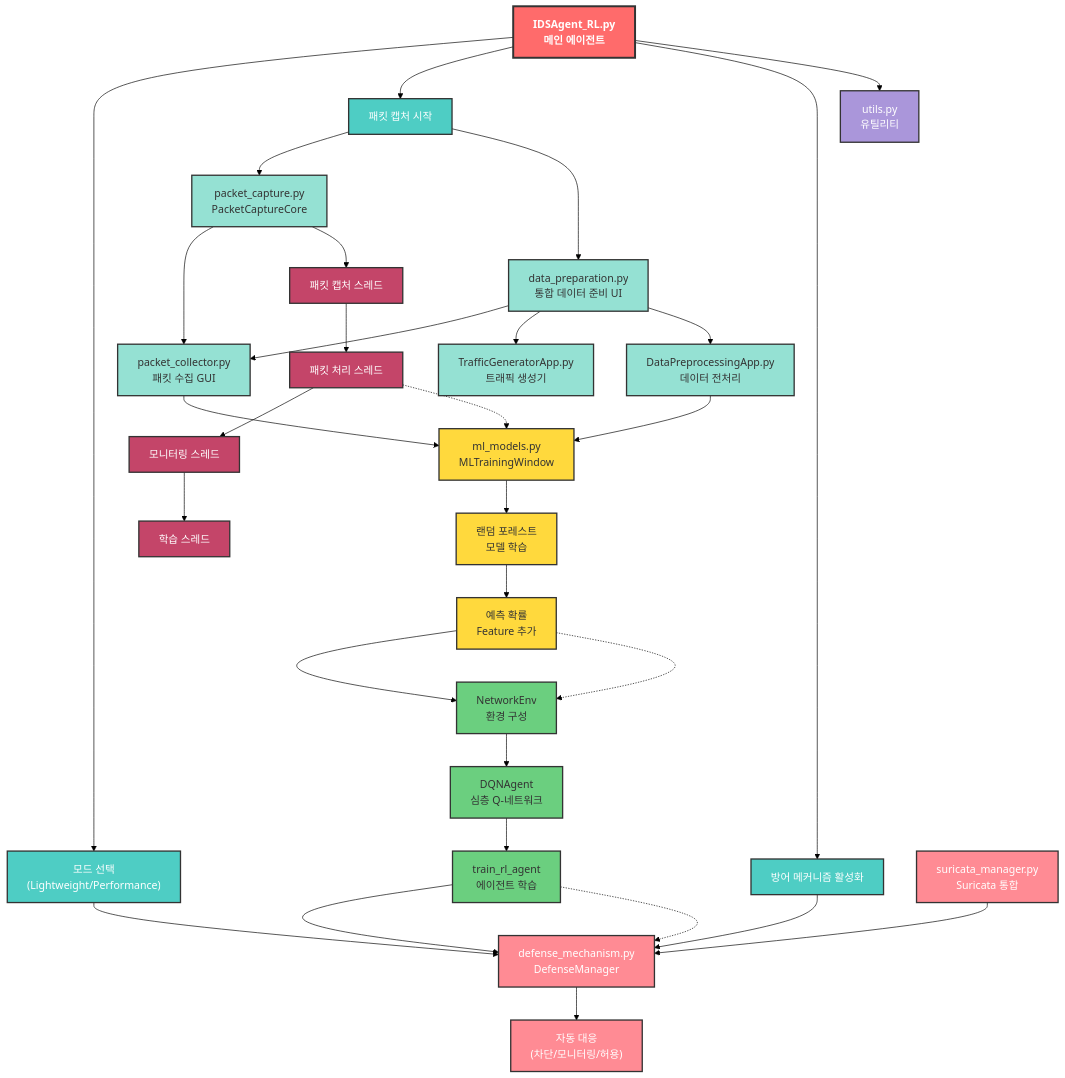
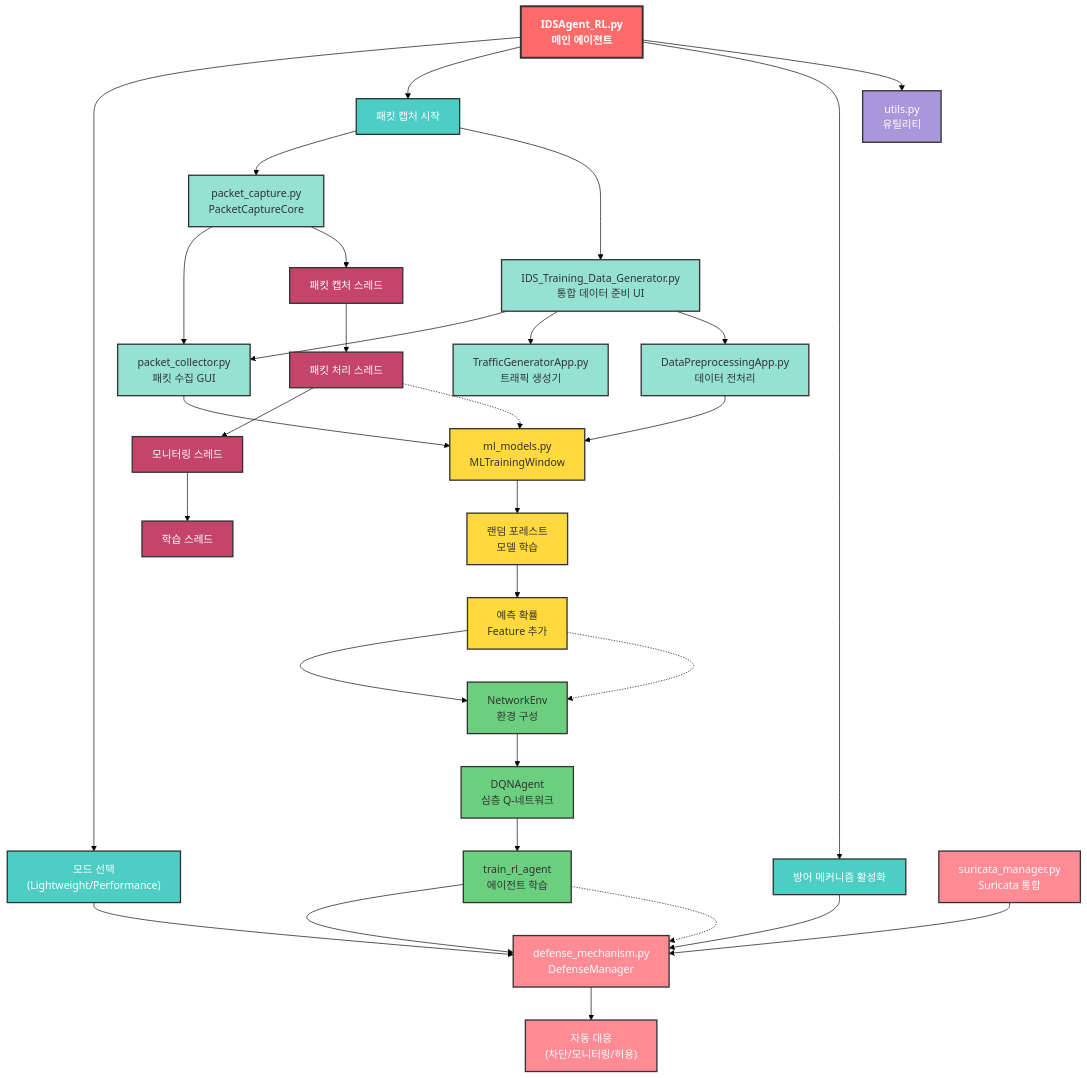
One commit to Es5724/Intrusion_DetectionSystem changed the fifth of 5 diagrams in README.md. Above: the diagram before and after it, drawn with Mermaid (forest theme). The commit also changed other lines of this file and 6 other files, not shown here.

```diff
--- a/README.md
+++ b/README.md
@@ -536,7 +536,7 @@
     
     %% 두 번째 레벨 - 데이터 수집
     packet_capture["packet_capture.py<br/>PacketCaptureCore"]
-    data_prep["data_preparation.py<br/>통합 데이터 준비 UI"]
+    data_prep["IDS_Training_Data_Generator.py<br/>통합 데이터 준비 UI"]
     
     %% 세 번째 레벨 - GUI 컴포넌트
     packet_collector["packet_collector.py<br/>패킷 수집 GUI"]
```
